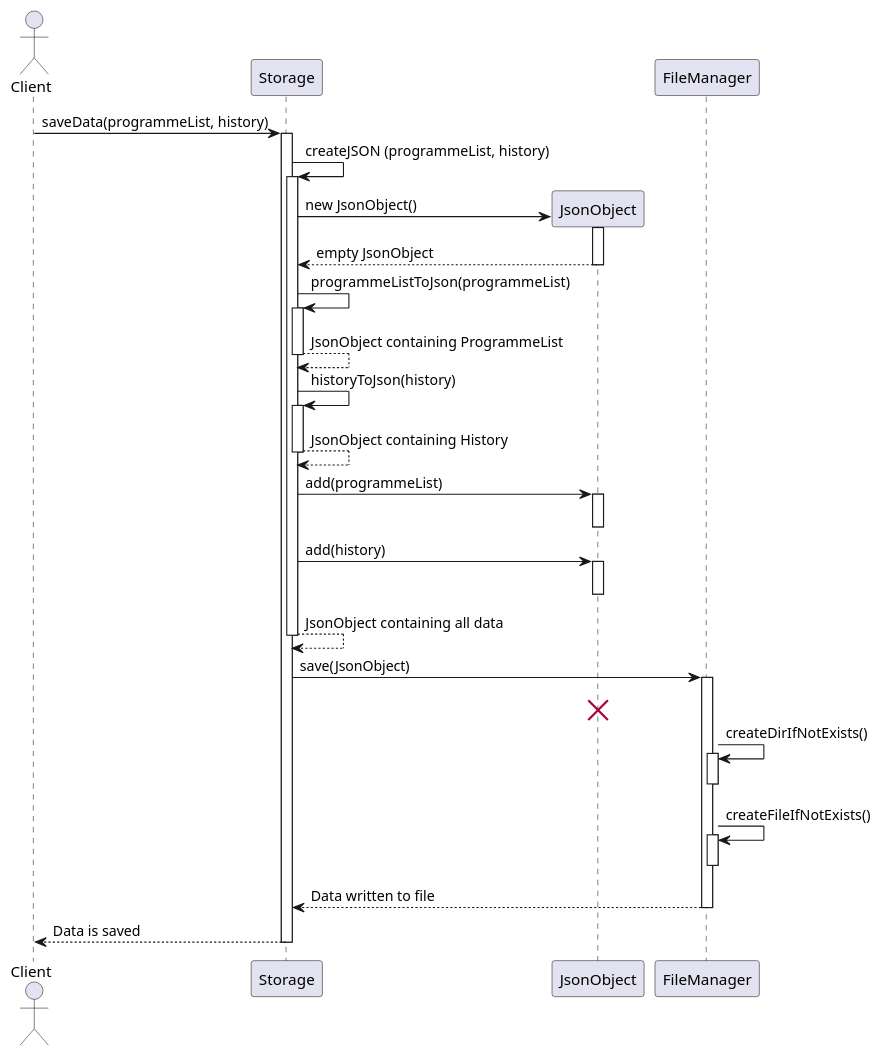
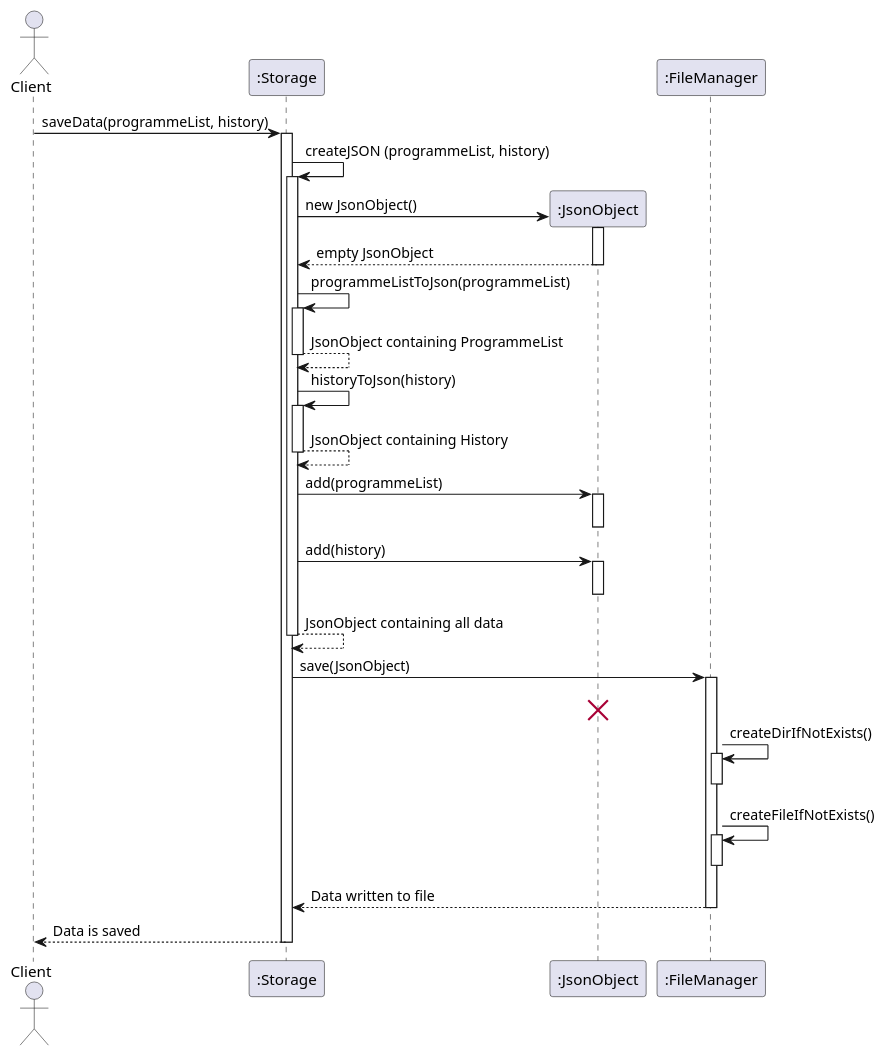
The diagram in docs/diagrams/saveSeqeunceDiagram.puml (nus-cs2113-AY2425S1/tp), drawn with PlantUML before and after one commit. The commit also changed 8 other files, not shown here.

```diff
--- a/docs/diagrams/saveSeqeunceDiagram.puml
+++ b/docs/diagrams/saveSeqeunceDiagram.puml
@@ -1,53 +1,56 @@
 @startuml
 
 actor Client
+participant ":Storage" as Storage
+participant ":JsonObject" as JsonObject
+participant ":FileManager" as FileManager
 
 Client -> Storage : saveData(programmeList, history)
 activate Storage
 
 Storage -> Storage : createJSON (programmeList, history)
 activate Storage
 create JsonObject
 Storage -> JsonObject : new JsonObject()
 activate JsonObject
 JsonObject --> Storage : empty JsonObject
 deactivate JsonObject
 
 Storage -> Storage : programmeListToJson(programmeList)
 activate Storage
 Storage --> Storage : JsonObject containing ProgrammeList
 deactivate Storage
 
 Storage -> Storage : historyToJson(history)
 activate Storage
 Storage --> Storage : JsonObject containing History
 deactivate Storage
 
 Storage -> JsonObject : add(programmeList)
 activate JsonObject
 deactivate JsonObject
 Storage -> JsonObject : add(history)
 activate JsonObject
 deactivate JsonObject
 
 Storage --> Storage : JsonObject containing all data
 deactivate Storage
 
 
 Storage -> FileManager : save(JsonObject)
 activate FileManager
 destroy JsonObject
 FileManager -> FileManager : createDirIfNotExists()
 activate FileManager
 deactivate FileManager
 FileManager -> FileManager : createFileIfNotExists()
 activate FileManager
 deactivate FileManager
 
 FileManager --> Storage : Data written to file
 deactivate FileManager
 
 Storage --> Client : Data is saved
 deactivate Storage
 
 @enduml
```
